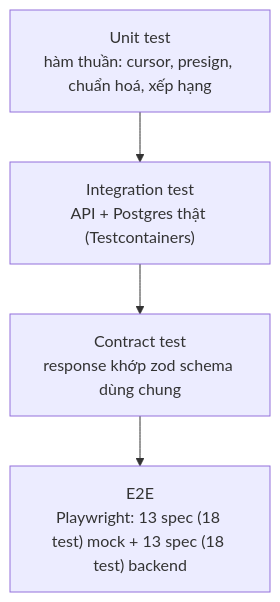
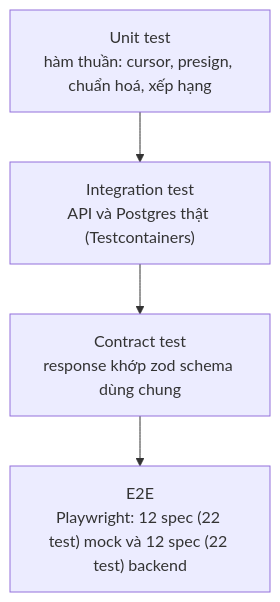
Diagram 14 of 14 in docs/bao-cao/BAO-CAO-DO-AN.md (longqt321/Rendez-PBL6), drawn with Mermaid before and after one commit. The commit also changed other lines of this file, not shown here.

````diff
--- a/docs/bao-cao/BAO-CAO-DO-AN.md
+++ b/docs/bao-cao/BAO-CAO-DO-AN.md
@@ -683,8 +785,8 @@
 ```mermaid
 flowchart TB
   U["Unit test<br/>hàm thuần: cursor, presign, chuẩn hoá, xếp hạng"]
-  I["Integration test<br/>API + Postgres thật (Testcontainers)"]
+  I["Integration test<br/>API và Postgres thật (Testcontainers)"]
   C["Contract test<br/>response khớp zod schema dùng chung"]
-  E["E2E<br/>Playwright: 13 spec (18 test) mock + 13 spec (18 test) backend"]
+  E["E2E<br/>Playwright: 12 spec (22 test) mock và 12 spec (22 test) backend"]
   U --> I --> C --> E
 ```
````
